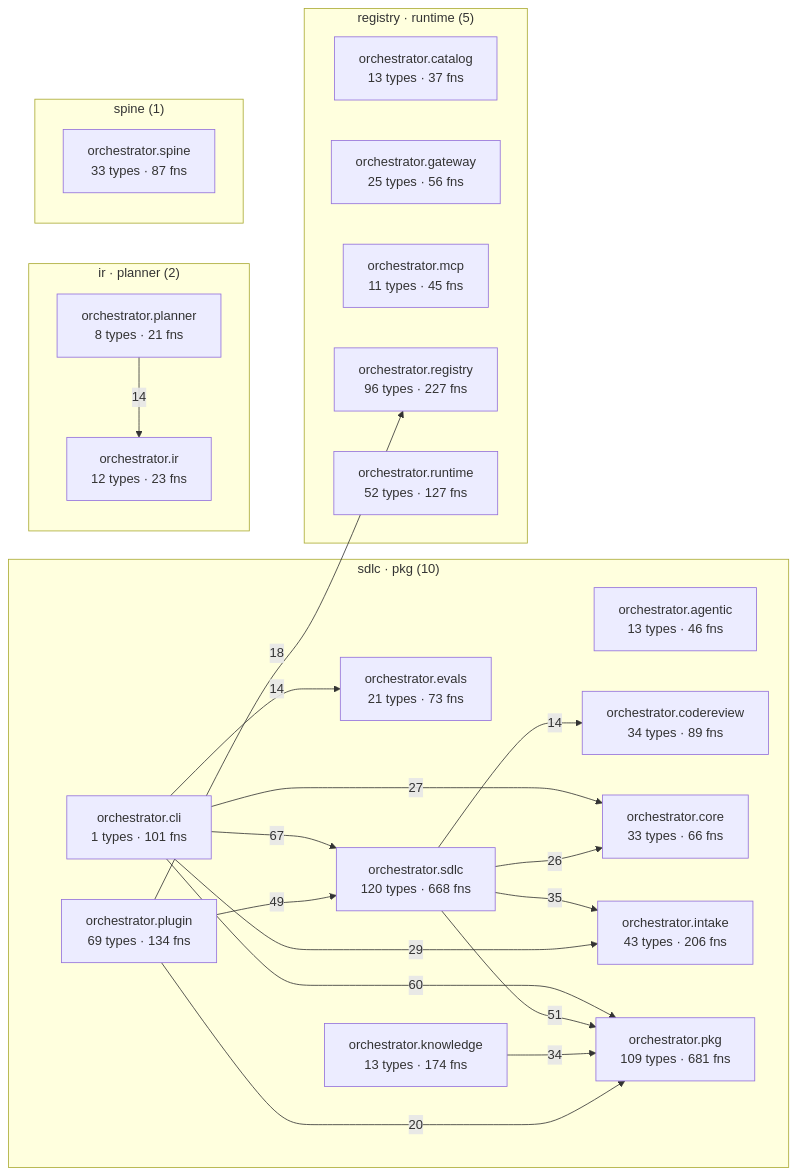
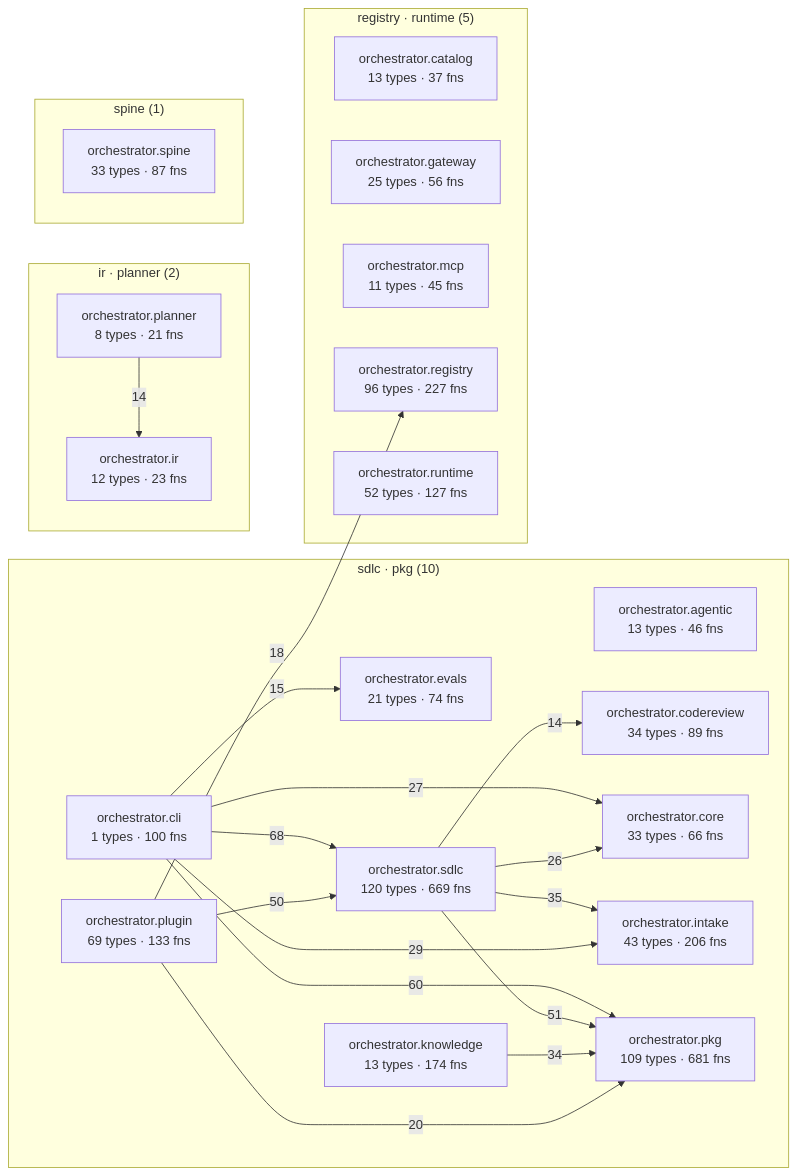
The diagram in episteme/architecture.md (Nani-red/spine_Naveen), drawn with Mermaid before and after one commit. The commit also changed other lines of this file and 20 other files, not shown here.

````diff
--- a/episteme/architecture.md
+++ b/episteme/architecture.md
@@ -54,43 +54,43 @@
 ```mermaid
 flowchart LR
   subgraph c_2["sdlc · pkg (10)"]
     aorchestratoragentic["orchestrator.agentic<br/>13 types · 46 fns"]
-    aorchestratorcli["orchestrator.cli<br/>1 types · 101 fns"]
+    aorchestratorcli["orchestrator.cli<br/>1 types · 100 fns"]
     aorchestratorcodereview["orchestrator.codereview<br/>34 types · 89 fns"]
     aorchestratorcore["orchestrator.core<br/>33 types · 66 fns"]
-    aorchestratorevals["orchestrator.evals<br/>21 types · 73 fns"]
+    aorchestratorevals["orchestrator.evals<br/>21 types · 74 fns"]
     aorchestratorintake["orchestrator.intake<br/>43 types · 206 fns"]
     aorchestratorknowledge["orchestrator.knowledge<br/>13 types · 174 fns"]
     aorchestratorpkg["orchestrator.pkg<br/>109 types · 681 fns"]
-    aorchestratorplugin["orchestrator.plugin<br/>69 types · 134 fns"]
-    aorchestratorsdlc["orchestrator.sdlc<br/>120 types · 668 fns"]
+    aorchestratorplugin["orchestrator.plugin<br/>69 types · 133 fns"]
+    aorchestratorsdlc["orchestrator.sdlc<br/>120 types · 669 fns"]
   end
   subgraph c_4["registry · runtime (5)"]
     aorchestratorcatalog["orchestrator.catalog<br/>13 types · 37 fns"]
     aorchestratorgateway["orchestrator.gateway<br/>25 types · 56 fns"]
     aorchestratormcp["orchestrator.mcp<br/>11 types · 45 fns"]
     aorchestratorregistry["orchestrator.registry<br/>96 types · 227 fns"]
     aorchestratorruntime["orchestrator.runtime<br/>52 types · 127 fns"]
   end
   subgraph c_7["ir · planner (2)"]
     aorchestratorir["orchestrator.ir<br/>12 types · 23 fns"]
     aorchestratorplanner["orchestrator.planner<br/>8 types · 21 fns"]
   end
   subgraph c_12["spine (1)"]
     aorchestratorspine["orchestrator.spine<br/>33 types · 87 fns"]
   end
-  aorchestratorcli -->|67| aorchestratorsdlc
+  aorchestratorcli -->|68| aorchestratorsdlc
   aorchestratorcli -->|60| aorchestratorpkg
   aorchestratorsdlc -->|51| aorchestratorpkg
-  aorchestratorplugin -->|49| aorchestratorsdlc
+  aorchestratorplugin -->|50| aorchestratorsdlc
   aorchestratorsdlc -->|35| aorchestratorintake
   aorchestratorknowledge -->|34| aorchestratorpkg
   aorchestratorcli -->|29| aorchestratorintake
   aorchestratorcli -->|27| aorchestratorcore
   aorchestratorsdlc -->|26| aorchestratorcore
   aorchestratorplugin -->|20| aorchestratorpkg
   aorchestratorplugin -->|18| aorchestratorregistry
-  aorchestratorcli -->|14| aorchestratorevals
+  aorchestratorcli -->|15| aorchestratorevals
   aorchestratorplanner -->|14| aorchestratorir
   aorchestratorsdlc -->|14| aorchestratorcodereview
 ```
````
